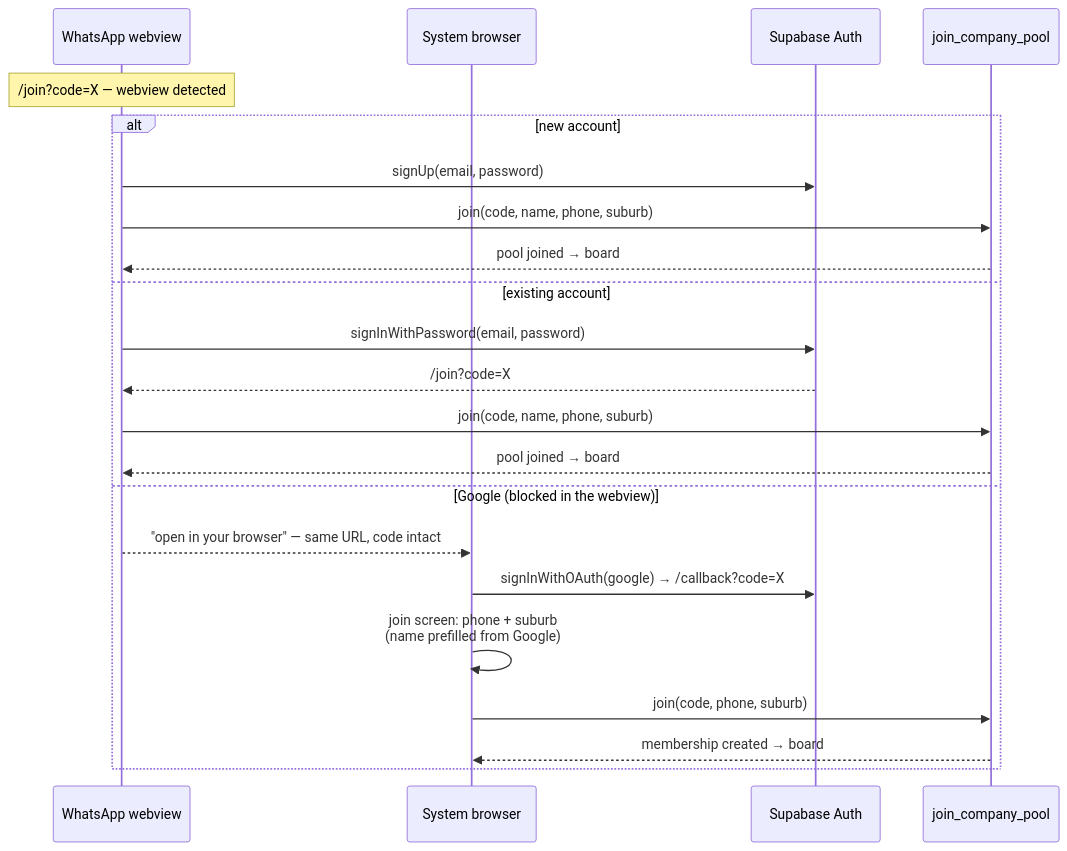
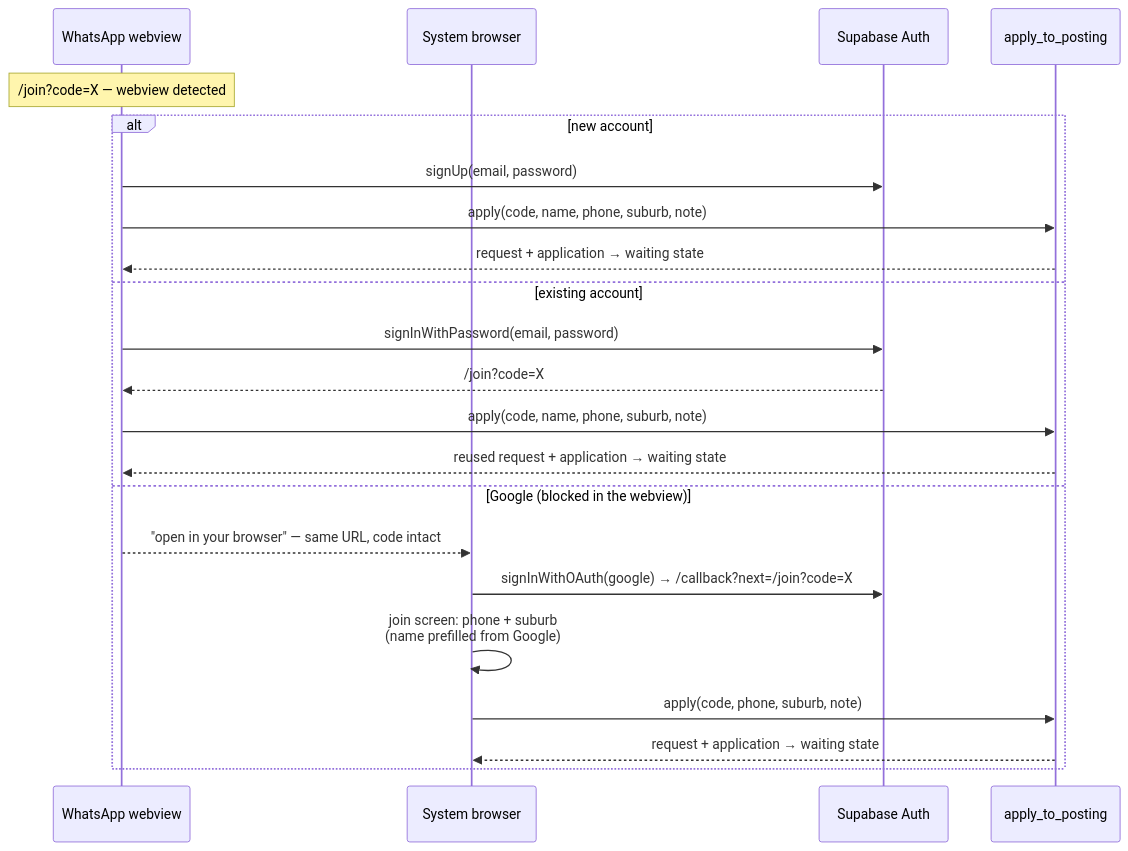
One commit to lspinheiro/clean_app_crm changed the second of 2 diagrams in docs/design/phase-a-adoption/lld-cleaner.md. Above: the diagram before and after it, drawn with Mermaid. The commit also changed other lines of this file and 19 other files, not shown here.

Commit message:
feat(cleaner): show posting application page (CLE-61)

````diff
--- a/docs/design/phase-a-adoption/lld-cleaner.md
+++ b/docs/design/phase-a-adoption/lld-cleaner.md
@@ -120,24 +126,24 @@
 ```mermaid
 sequenceDiagram
     participant W as WhatsApp webview
     participant SYS as System browser
     participant SB as Supabase Auth
-    participant DB as join_company_pool
+    participant DB as apply_to_posting
     Note over W: /join?code=X — webview detected
     alt new account
         W->>SB: signUp(email, password)
-        W->>DB: join(code, name, phone, suburb)
-        DB-->>W: pool joined → board
+        W->>DB: apply(code, name, phone, suburb, note)
+        DB-->>W: request + application → waiting state
     else existing account
         W->>SB: signInWithPassword(email, password)
         SB-->>W: /join?code=X
-        W->>DB: join(code, name, phone, suburb)
-        DB-->>W: pool joined → board
+        W->>DB: apply(code, name, phone, suburb, note)
+        DB-->>W: reused request + application → waiting state
     else Google (blocked in the webview)
         W-->>SYS: "open in your browser" — same URL, code intact
-        SYS->>SB: signInWithOAuth(google) → /callback?code=X
+        SYS->>SB: signInWithOAuth(google) → /callback?next=/join?code=X
         SYS->>SYS: join screen: phone + suburb<br/>(name prefilled from Google)
-        SYS->>DB: join(code, phone, suburb)
-        DB-->>SYS: membership created → board
+        SYS->>DB: apply(code, phone, suburb, note)
+        DB-->>SYS: request + application → waiting state
     end
 ```
````
